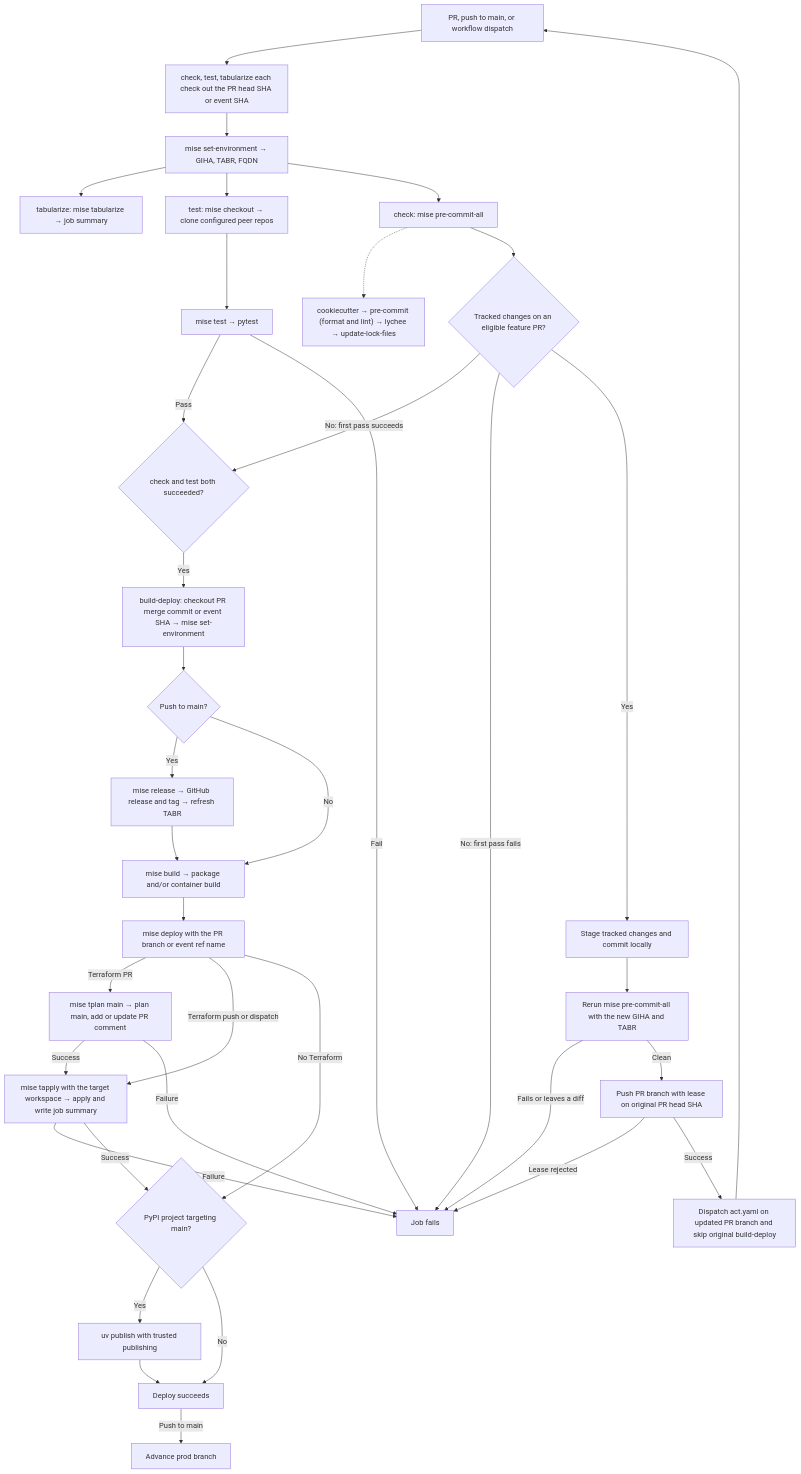
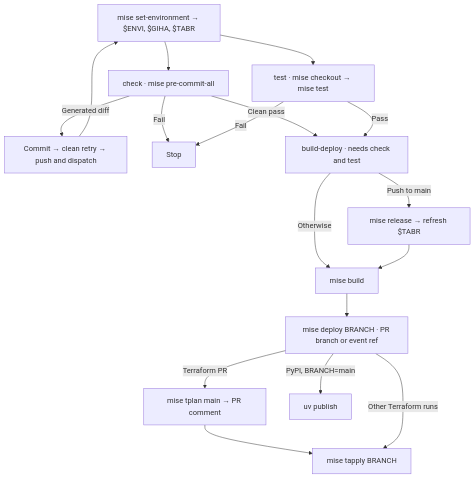
One commit to biobuddies/measles changed the diagram in README.md. Above: the diagram before and after it, drawn with Mermaid.

Commit message:
Focus the workflow diagram on the main mise tasks

````diff
--- a/README.md
+++ b/README.md
@@ -78,39 +78,19 @@
 ```mermaid
 flowchart TD
-    Event["PR, push to main, or workflow dispatch"] --> Head["check, test, tabularize each check out the PR head SHA or event SHA"]
-    Head --> Context["mise set-environment → GIHA, TABR, FQDN"]
-    Context --> Summary["tabularize: mise tabularize → job summary"]
-    Context --> Peers["test: mise checkout → clone configured peer repos"]
-    Peers --> Tests["mise test → pytest"]
-    Context --> Check["check: mise pre-commit-all"]
-    Check -.-> Tasks["cookiecutter → pre-commit (format and lint) → lychee → update-lock-files"]
-    Check --> Fix{"Tracked changes on an eligible feature PR?"}
-    Fix -- "No: first pass succeeds" --> Ready{"check and test both succeeded?"}
-    Fix -- "No: first pass fails" --> Failed["Job fails"]
-    Fix -- Yes --> Commit["Stage tracked changes and commit locally"]
-    Commit --> Retry["Rerun mise pre-commit-all with the new GIHA and TABR"]
-    Retry -- "Fails or leaves a diff" --> Failed
-    Retry -- Clean --> Push["Push PR branch with lease on original PR head SHA"]
-    Push -- "Lease rejected" --> Failed
-    Push -- Success --> Dispatch["Dispatch act.yaml on updated PR branch and skip original build-deploy"]
-    Dispatch --> Event
-    Tests -- Pass --> Ready
-    Tests -- Fail --> Failed
-    Ready -- Yes --> BuildContext["build-deploy: checkout PR merge commit or event SHA → mise set-environment"]
-    BuildContext --> Release{"Push to main?"}
-    Release -- Yes --> Tag["mise release → GitHub release and tag → refresh TABR"]
-    Tag --> Build["mise build → package and/or container build"]
-    Release -- No --> Build
-    Build --> Deploy["mise deploy with the PR branch or event ref name"]
-    Deploy -- "Terraform PR" --> Plan["mise tplan main → plan main, add or update PR comment"]
-    Plan -- Success --> Apply["mise tapply with the target workspace → apply and write job summary"]
-    Plan -- Failure --> Failed
-    Deploy -- "Terraform push or dispatch" --> Apply
-    Apply -- Failure --> Failed
-    Apply -- Success --> Publish{"PyPI project targeting main?"}
-    Deploy -- "No Terraform" --> Publish
-    Publish -- Yes --> Upload["uv publish with trusted publishing"]
-    Publish -- No --> Done["Deploy succeeds"]
-    Upload --> Done
-    Done -- "Push to main" --> Prod["Advance prod branch"]
+    Context["mise set-environment → $ENVI, $GIHA, $TABR"] --> Check["check · mise pre-commit-all"]
+    Context --> Test["test · mise checkout → mise test"]
+    Check -- "Generated diff" --> Retry["Commit → clean retry → push and dispatch"]
+    Retry --> Context
+    Check -- Fail --> Stop["Stop"]
+    Test -- Fail --> Stop
+    Check -- "Clean pass" --> BuildDeploy["build-deploy · needs check and test"]
+    Test -- Pass --> BuildDeploy
+    BuildDeploy -- "Push to main" --> Release["mise release → refresh $TABR"]
+    BuildDeploy -- Otherwise --> Build["mise build"]
+    Release --> Build
+    Build --> Deploy["mise deploy BRANCH · PR branch or event ref"]
+    Deploy -- "Terraform PR" --> Plan["mise tplan main → PR comment"]
+    Plan --> Apply["mise tapply BRANCH"]
+    Deploy -- "Other Terraform runs" --> Apply
+    Deploy -- "PyPI, BRANCH=main" --> Publish["uv publish"]
 ```
````
